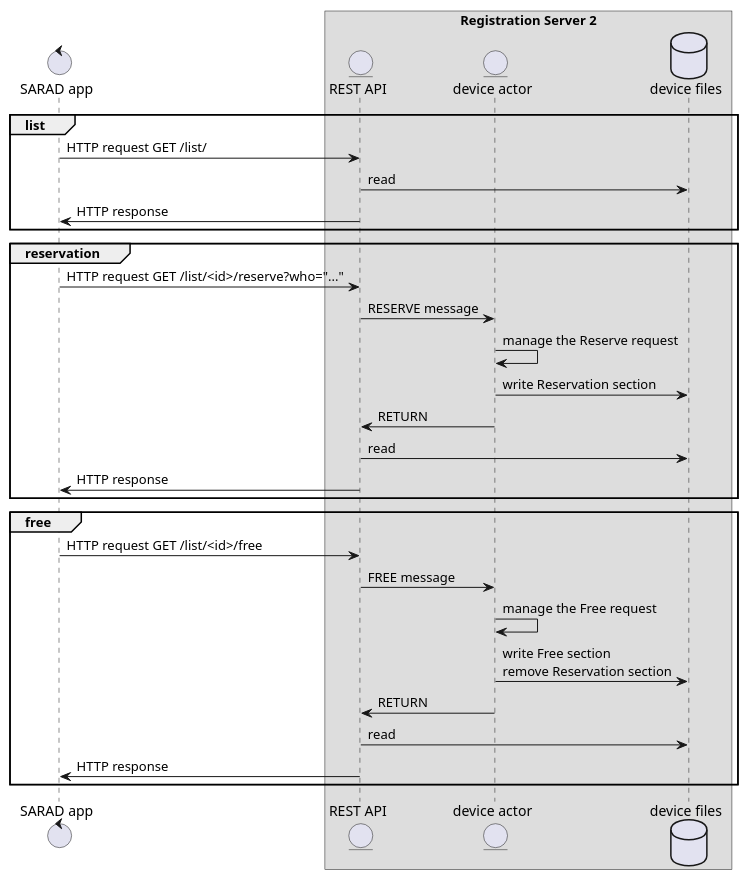
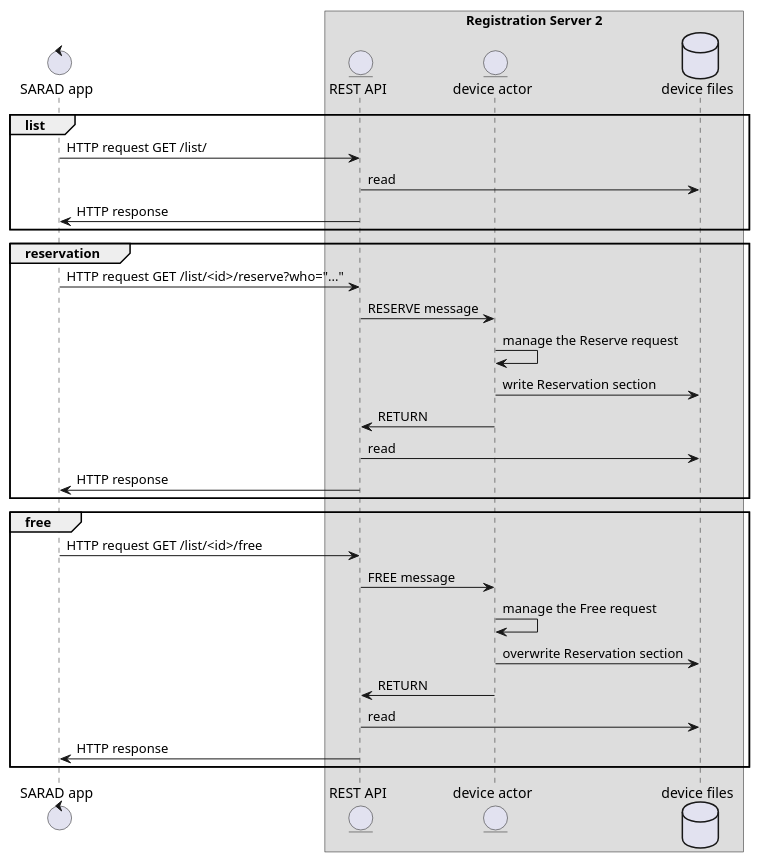
One commit to SARAD-GmbH/RegServer changed the diagram in doc/source/uml-restapi.puml. Above: the diagram before and after it, drawn with PlantUML. The commit also changed 8 other files, not shown here.

```diff
--- a/doc/source/uml-restapi.puml
+++ b/doc/source/uml-restapi.puml
@@ -1,32 +1,32 @@
 @startuml
 control "SARAD app" as app
 box "Registration Server 2"
         entity "REST API" as api
         entity "device actor" as deviceactor
         database "device files" as files
 end box
 
 group list
         app -> api: HTTP request GET /list/
         api -> files: read
         api -> app: HTTP response
 end
 group reservation
         app -> api: HTTP request GET /list/<id>/reserve?who="..."
         api -> deviceactor: RESERVE message
         deviceactor -> deviceactor: manage the Reserve request
         deviceactor -> files: write Reservation section
         deviceactor -> api: RETURN
         api -> files: read
         api -> app: HTTP response
 end
 group free
         app -> api: HTTP request GET /list/<id>/free
         api -> deviceactor: FREE message
         deviceactor -> deviceactor: manage the Free request
-        deviceactor -> files: write Free section\nremove Reservation section
+        deviceactor -> files: overwrite Reservation section
         deviceactor -> api: RETURN
         api -> files: read
         api -> app: HTTP response
 end
 @enduml
```
